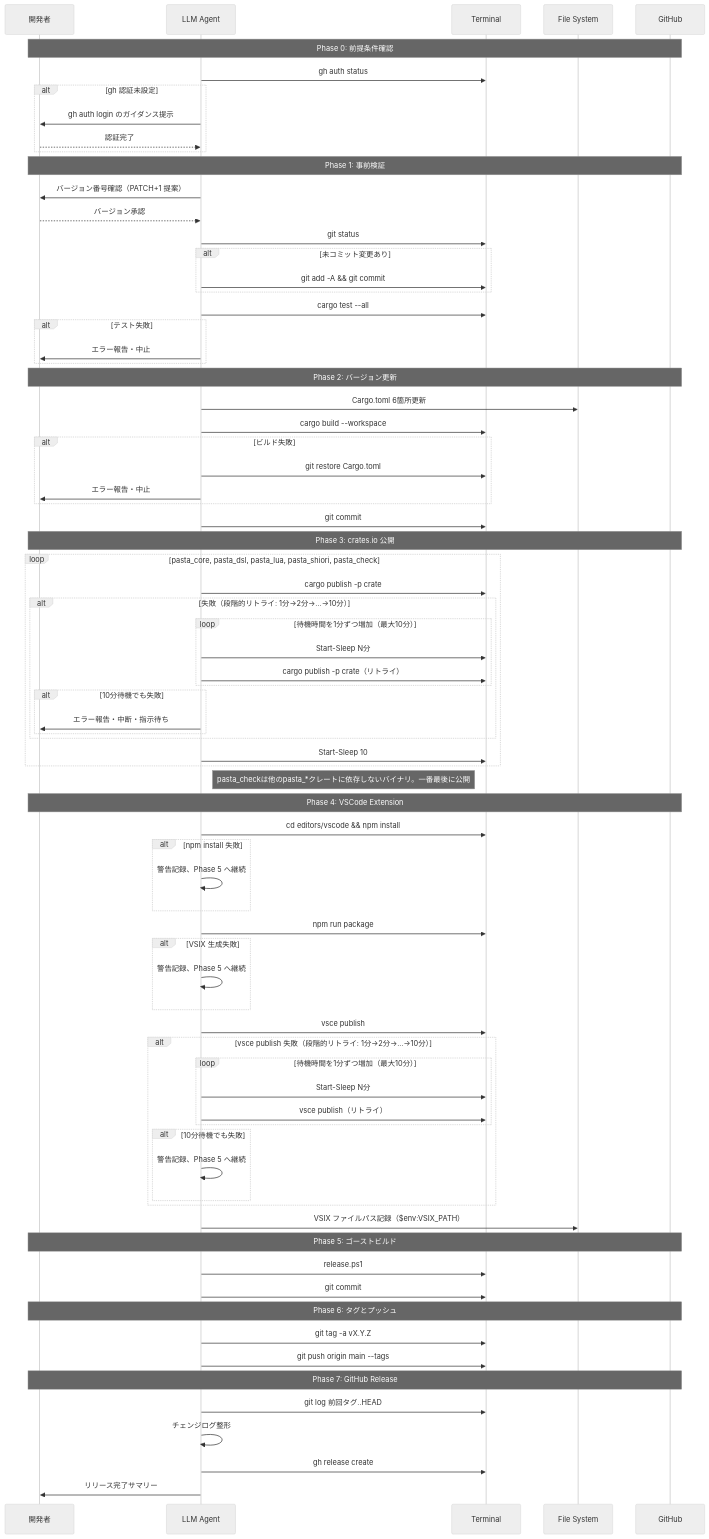
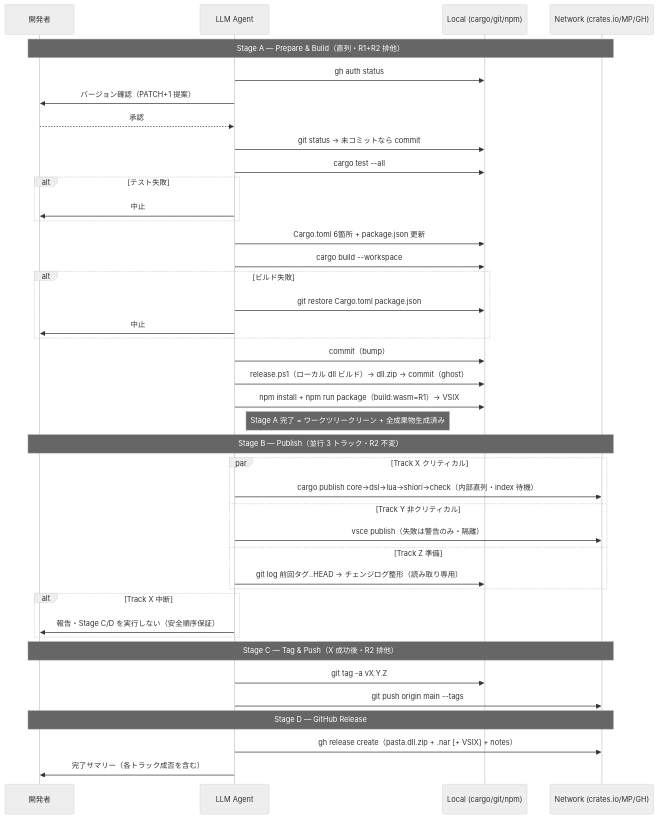
The second of 3 diagrams in .kiro/specs/release-workflow/design.md (ekicyou/pasta), drawn with Mermaid (neutral theme) before and after one commit. The commit also changed other lines of this file and 4 other files, not shown here.

````diff
--- a/.kiro/specs/release-workflow/design.md
+++ b/.kiro/specs/release-workflow/design.md
@@ -194,86 +187,46 @@
 sequenceDiagram
     participant Dev as 開発者
     participant LLM as LLM Agent
-    participant Term as Terminal
-    participant FS as File System
-    participant GH as GitHub
+    participant Local as Local (cargo/git/npm)
+    participant Net as Network (crates.io/MP/GH)
 
-    Note over Dev,GH: Phase 0: 前提条件確認
-    LLM->>Term: gh auth status
-    alt gh 認証未設定
-        LLM->>Dev: gh auth login のガイダンス提示
-        Dev-->>LLM: 認証完了
+    Note over Dev,Net: Stage A — Prepare & Build（直列・R1+R2 排他）
+    LLM->>Local: gh auth status
+    LLM->>Dev: バージョン確認（PATCH+1 提案）
+    Dev-->>LLM: 承認
+    LLM->>Local: git status → 未コミットなら commit
+    LLM->>Local: cargo test --all
+    alt テスト失敗
+        LLM->>Dev: 中止
+    end
+    LLM->>Local: Cargo.toml 6箇所 + package.json 更新
+    LLM->>Local: cargo build --workspace
+    alt ビルド失敗
+        LLM->>Local: git restore Cargo.toml package.json
+        LLM->>Dev: 中止
+    end
+    LLM->>Local: commit（bump）
+    LLM->>Local: release.ps1（ローカル dll ビルド）→ dll.zip → commit（ghost）
+    LLM->>Local: npm install + npm run package（build:wasm=R1）→ VSIX
+    Note right of LLM: Stage A 完了 = ワークツリークリーン + 全成果物生成済み
+
+    Note over Dev,Net: Stage B — Publish（並行 3 トラック・R2 不変）
+    par Track X クリティカル
+        LLM->>Net: cargo publish core→dsl→lua→shiori→check（内部直列・index 待機）
+    and Track Y 非クリティカル
+        LLM->>Net: vsce publish（失敗は警告のみ・隔離）
+    and Track Z 準備
+        LLM->>Local: git log 前回タグ..HEAD → チェンジログ整形（読み取り専用）
+    end
+    alt Track X 中断
+        LLM->>Dev: 報告・Stage C/D を実行しない（安全順序保証）
     end
 
-    Note over Dev,GH: Phase 1: 事前検証
-    LLM->>Dev: バージョン番号確認（PATCH+1 提案）
-    Dev-->>LLM: バージョン承認
-    LLM->>Term: git status
-    alt 未コミット変更あり
-        LLM->>Term: git add -A && git commit
-    end
-    LLM->>Term: cargo test --all
-    alt テスト失敗
-        LLM->>Dev: エラー報告・中止
-    end
+    Note over Dev,Net: Stage C — Tag & Push（X 成功後・R2 排他）
+    LLM->>Local: git tag -a vX.Y.Z
+    LLM->>Net: git push origin main --tags
 
-    Note over Dev,GH: Phase 2: バージョン更新
-    LLM->>FS: Cargo.toml 6箇所更新
-    LLM->>Term: cargo build --workspace
-    alt ビルド失敗
-        LLM->>Term: git restore Cargo.toml
-        LLM->>Dev: エラー報告・中止
-    end
-    LLM->>Term: git commit
-
-    Note over Dev,GH: Phase 3: crates.io 公開
-    loop pasta_core, pasta_dsl, pasta_lua, pasta_shiori, pasta_check
-        LLM->>Term: cargo publish -p crate
-        alt 失敗（段階的リトライ: 1分→2分→...→10分）
-            loop 待機時間を1分ずつ増加（最大10分）
-                LLM->>Term: Start-Sleep N分
-                LLM->>Term: cargo publish -p crate（リトライ）
-            end
-            alt 10分待機でも失敗
-                LLM->>Dev: エラー報告・中断・指示待ち
-            end
-        end
-        LLM->>Term: Start-Sleep 10
-    end
-    Note right of LLM: pasta_checkは他のpasta_*クレートに依存しないバイナリ。一番最後に公開
-
-    Note over Dev,GH: Phase 4: VSCode Extension
-    LLM->>Term: cd editors/vscode && npm install
-    alt npm install 失敗
-        LLM->>LLM: 警告記録、Phase 5 へ継続
-    end
-    LLM->>Term: npm run package
-    alt VSIX 生成失敗
-        LLM->>LLM: 警告記録、Phase 5 へ継続
-    end
-    LLM->>Term: vsce publish
-    alt vsce publish 失敗（段階的リトライ: 1分→2分→...→10分）
-        loop 待機時間を1分ずつ増加（最大10分）
-            LLM->>Term: Start-Sleep N分
-            LLM->>Term: vsce publish（リトライ）
-        end
-        alt 10分待機でも失敗
-            LLM->>LLM: 警告記録、Phase 5 へ継続
-        end
-    end
-    LLM->>FS: VSIX ファイルパス記録（$env:VSIX_PATH）
-
-    Note over Dev,GH: Phase 5: ゴーストビルド
-    LLM->>Term: release.ps1
-    LLM->>Term: git commit
-
-    Note over Dev,GH: Phase 6: タグとプッシュ
-    LLM->>Term: git tag -a vX.Y.Z
-    LLM->>Term: git push origin main --tags
-
-    Note over Dev,GH: Phase 7: GitHub Release
-    LLM->>Term: git log 前回タグ..HEAD
-    LLM->>LLM: チェンジログ整形
-    LLM->>Term: gh release create
-    LLM->>Dev: リリース完了サマリー
+    Note over Dev,Net: Stage D — GitHub Release
+    LLM->>Net: gh release create（pasta.dll.zip + .nar [+ VSIX] + notes）
+    LLM->>Dev: 完了サマリー（各トラック成否を含む）
 ```
````
